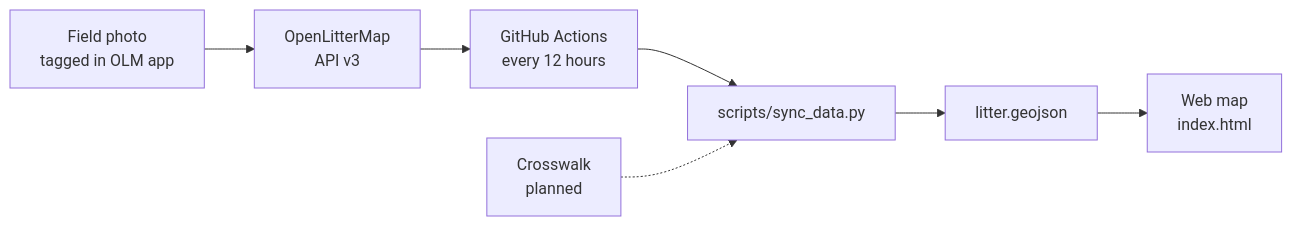
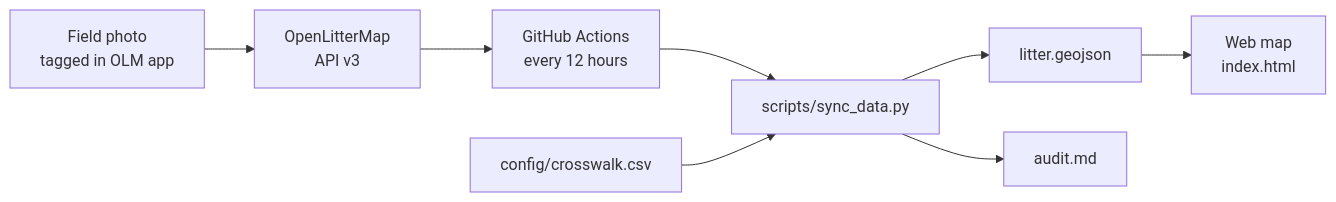
The diagram in README.md (smohrs86/maple-ridge-open-litter-map), drawn with Mermaid before and after one commit. The commit also changed other lines of this file and 3 other files, not shown here.

````diff
--- a/README.md
+++ b/README.md
@@ -75,9 +76,10 @@
 ```mermaid
 flowchart LR
     A[Field photo<br/>tagged in OLM app] --> B[OpenLitterMap<br/>API v3]
     B --> C[GitHub Actions<br/>every 12 hours]
     C --> D[scripts/sync_data.py]
     D --> E[litter.geojson]
     E --> F[Web map<br/>index.html]
-    X[Crosswalk<br/>planned] -.-> D
+    X[config/crosswalk.csv] --> D
+    D --> G[audit.md]
 ```
````
